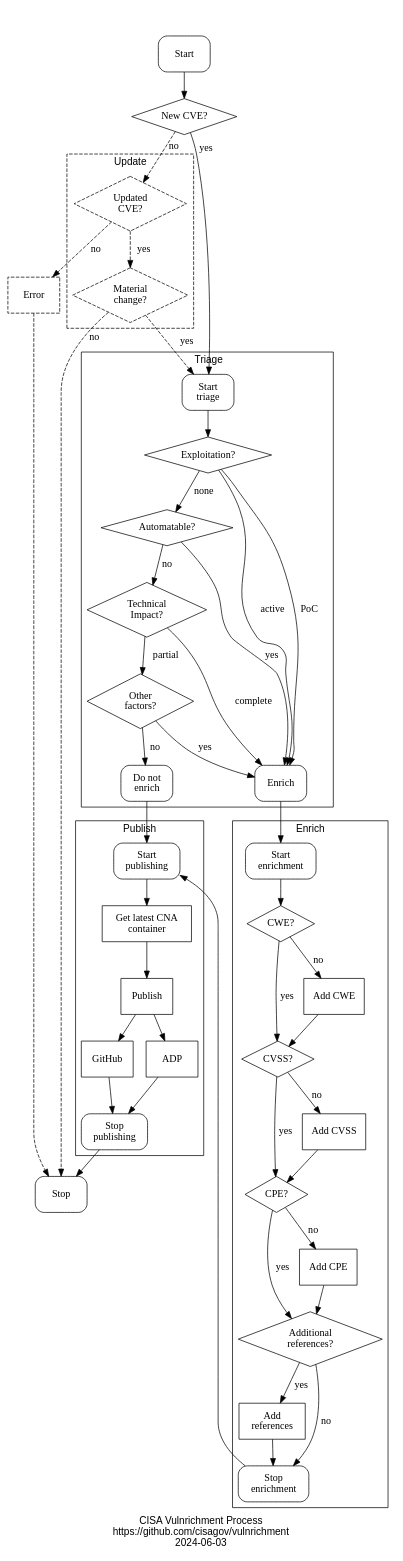
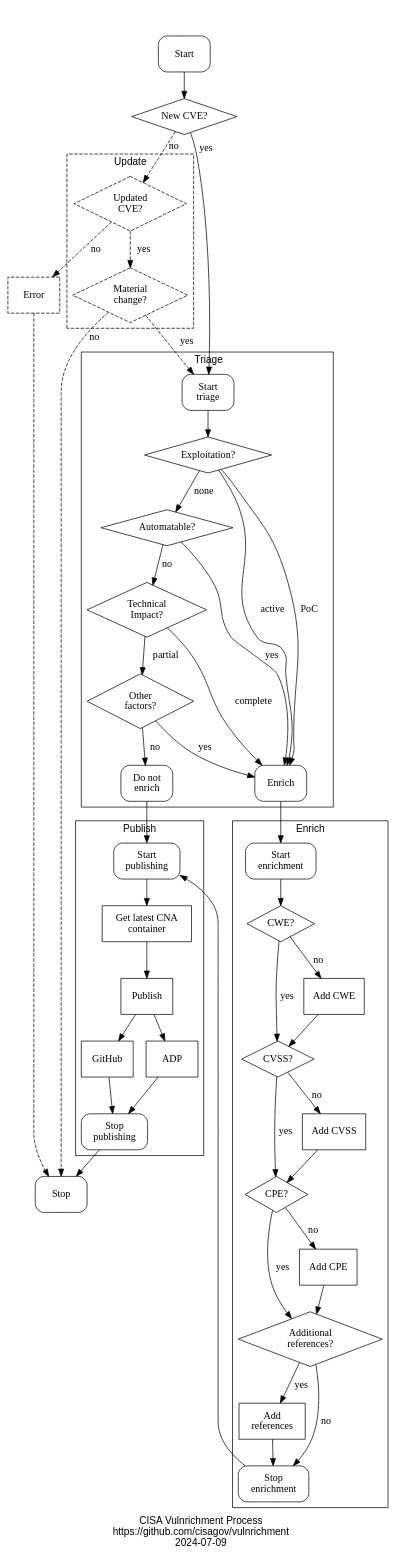
One commit to cisagov/vulnrichment changed the diagram in assets/vulnrichment_big.dot. Above: the diagram before and after it, drawn with Graphviz.

Commit message:
bump date

```diff
--- a/assets/vulnrichment_big.dot
+++ b/assets/vulnrichment_big.dot
@@ -1,112 +1,112 @@
 digraph vulnrichment {
 
-	label = "CISA Vulnrichment Process\nhttps://github.com/cisagov/vulnrichment\n2024-06-03"
+	label = "CISA Vulnrichment Process\nhttps://github.com/cisagov/vulnrichment\n2024-07-09"
 	layout="dot"
 	fontname="helvetica"
 	ordering="out"
 	#size="6.5,9";
 	#ratio="compress"
 	#concentrate="true"
 	node [width=1 height=0.7]
 
 	"start" [label="Start" shape="box" style="rounded"]
 	"stop" [label="Stop" shape="box" style="rounded"]
 	"new" [label="New CVE?" shape="diamond"]
 	"update" [label="Updated\n CVE?" shape="diamond" style="dashed"]
 	"redo" [label="Material\n change?" shape="diamond" style="dashed"]
 	"exploitation" [label="Exploitation?" shape="diamond"]
 	"technical_impact" [label="Technical\nImpact?" shape="diamond"]
 	"automatable" [label="Automatable?" shape="diamond"]
 	"cwe" [label="CWE?" shape="diamond"]
 	"cvss" [label="CVSS?" shape="diamond"]
 	"cpe" [label="CPE?" shape="diamond"]
 	"references" [label="Additional\nreferences?" shape="diamond"]
 	"do_cwe" [label="Add CWE" shape="box"]
 	"do_cvss" [label="Add CVSS" shape="box"]
 	"do_cpe" [label="Add CPE" shape="box"]
 	"do_references" [label="Add\nreferences" shape="box"]
 	"github" [label="GitHub" shape="box"]
 	"adp" [label="ADP" shape="box"]
 	"publish" [label="Publish" shape="box"]
 	"cna" [label="Get latest CNA\ncontainer" shape="box"]
 	"other" [label="Other\nfactors?" shape="diamond"]
 	"error" [label="Error" shape="box" style="dashed"]
 
 	redo -> stop [taillabel=" no" style="dashed" labelangle="19" labeldistance="4"]
 	update -> error [label=" no" style="dashed"]
 	error -> stop [style="dashed"]
 	publish_stop -> stop
 
 	subgraph cluster_new {
 		label = "New"
 		start -> new
 		#peripheries=0
 		style=invis
 	}
 
 	# add KEV
 
 	# add noinfo
 
 	subgraph cluster_triage {
 		label = "Triage\r"
 		"triage_start" [label="Start\ntriage" shape="box" style="rounded"]
 		"triage_enrich" [label="Enrich" shape="box" style="rounded"]
 		"triage_skip" [label="Do not\nenrich" shape="box" style="rounded"]
 		new -> triage_start [weight="" taillabel="yes" labelangle="26" labeldistance="3"]
 		triage_start -> exploitation [weight="10"]
 		exploitation -> automatable [label=" none"]
 		automatable -> technical_impact [label=" no"]
 		technical_impact -> triage_enrich [label="complete"]
 		exploitation -> triage_enrich [label="active"]
 		exploitation -> triage_enrich [label=" PoC"]
 		automatable -> triage_enrich [label=" yes"]
 		technical_impact -> other [label="  partial"]
 		other -> triage_skip [label="  no"]
 		other -> triage_enrich [label="  yes"]
 	}
 
 	subgraph cluster_update {
 		graph [style="dashed"]
 		label = "Update"
 		new -> update [taillabel="no" style="dashed" weight="" labelangle="26" labeldistance="2"]
 		update -> redo [label="  yes" style="dashed"]
 		#redo -> triage_start [taillabel=" yes" style="dashed" labelangle="30" labeldistance="2"]
 		redo -> triage_start [label="   yes" style="dashed"]
 	}
 
 	subgraph cluster_publish {
 		label = "Publish"
 		"publish_start" [label="Start\npublishing" shape="box" style="rounded"]
 		"publish_stop" [label="Stop\npublishing" shape="box" style="rounded"]
 		cna -> publish
 		publish -> github
 		publish -> adp
 		triage_skip -> publish_start [weight="10"]
 		publish_start -> cna
 		github -> publish_stop
 		adp -> publish_stop
 	}
 
 	subgraph cluster_enrich {
 		label = "Enrich"
 		"enrich_start" [label="Start\nenrichment" shape="box" style="rounded"]
 		"enrich_stop" [label="Stop\nenrichment" shape="box" style="rounded"]
 		triage_enrich -> enrich_start
 		enrich_start -> cwe
 		cwe -> cvss [label=" yes"]
 		cwe -> do_cwe [label=" no"]
 		do_cwe -> cvss
 		cvss -> cpe [label=" yes"]
 		cvss -> do_cvss [label=" no"]
 		do_cvss -> cpe
 		cpe -> references [label=" yes"]
 		cpe -> do_cpe [label=" no"]
 		do_cpe -> references
 		references -> do_references [label=" yes"]
 		references -> enrich_stop [label=" no"]
 		do_references -> enrich_stop
 		enrich_stop -> publish_start
 	}
 
 }
```
